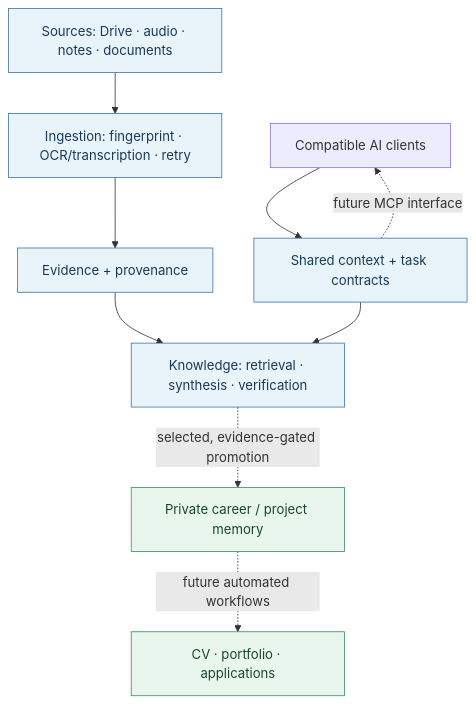
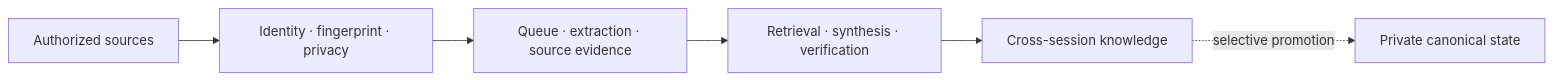
The second of 3 diagrams in README.md (SoroushHaghi/career-os), drawn with Mermaid before and after one commit. The commit also changed other lines of this file, not shown here.

Commit message:
docs: restore full cross-platform Career OS architecture, domains, and privacy boundaries

````diff
--- a/README.md
+++ b/README.md
@@ -19,16 +83,8 @@
 ```mermaid
-flowchart TB
-    S["Sources: Drive · audio · notes · documents"] --> I["Ingestion: fingerprint · OCR/transcription · retry"]
-    I --> E["Evidence + provenance"]
-    E --> K["Knowledge: retrieval · synthesis · verification"]
-    A["Compatible AI clients"] --> C["Shared context + task contracts"]
-    C --> K
-    K -. "selected, evidence-gated promotion" .-> M["Private career / project memory"]
-    M -. "future automated workflows" .-> O["CV · portfolio · applications"]
-    C -. "future MCP interface" .-> A
-
-    classDef current fill:#e8f3fa,stroke:#3d78a8,color:#173b56
-    classDef private fill:#e9f6ee,stroke:#408c62,color:#18472d
-    class S,I,E,K,C current
-    class M,O private
+flowchart LR
+    A["Authorized sources"] --> B["Identity · fingerprint · privacy"]
+    B --> C["Queue · extraction · source evidence"]
+    C --> D["Retrieval · synthesis · verification"]
+    D --> E["Cross-session knowledge"]
+    E -. "selective promotion" .-> F["Private canonical state"]
 ```
````
